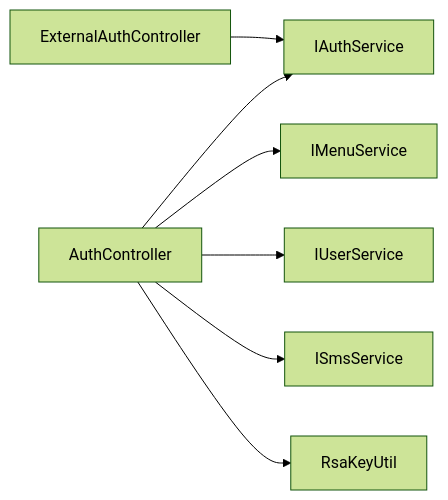
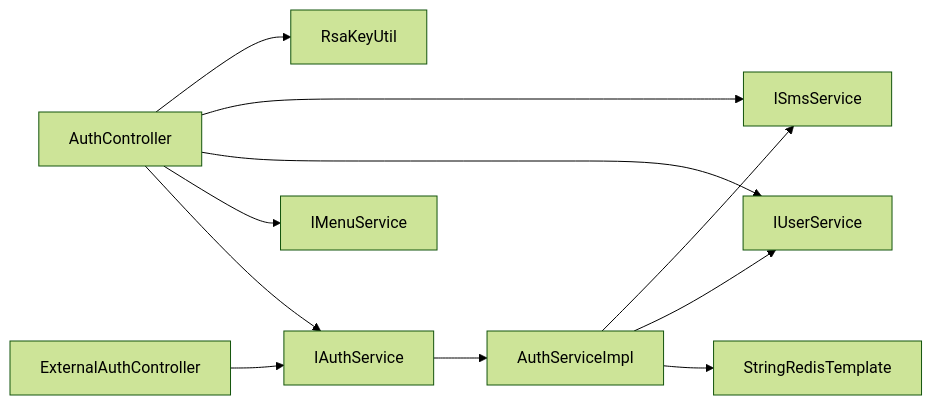
One commit to DrunkFood/First changed the sixth of 6 diagrams in .qoder/repowiki/zh/content/API接口文档/认证授权API.md. Above: the diagram before and after it, drawn with Mermaid (forest theme). The commit also changed other lines of this file and 93 other files, not shown here.

````diff
--- a/.qoder/repowiki/zh/content/API接口文档/认证授权API.md
+++ b/.qoder/repowiki/zh/content/API接口文档/认证授权API.md
@@ -254,9 +299,13 @@
 ```mermaid
 graph LR
 AC["AuthController"] --> AS["IAuthService"]
 AC --> MENU["IMenuService"]
 AC --> USER["IUserService"]
 AC --> SMS["ISmsService"]
 AC --> RSA["RsaKeyUtil"]
 EAC["ExternalAuthController"] --> AS
+AS --> ASI["AuthServiceImpl"]
+ASI --> REDIS["StringRedisTemplate"]
+ASI --> USER
+ASI --> SMS
 ```
````
